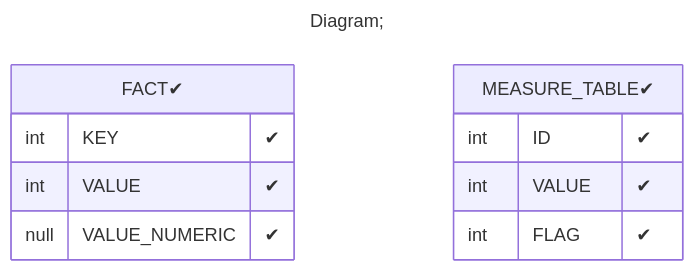
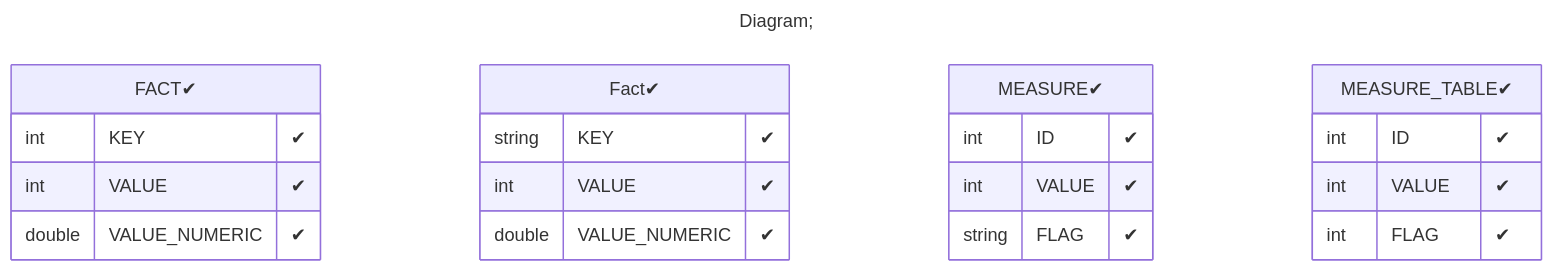
Before and after one commit to xmla-services/workground: the third of 3 diagrams in demo/server/catalogs/tutorial_01-04-07_Cube_Measure_MeasureExpression/README.MD, drawn with Mermaid. The commit also changed 31 other files, not shown here.

````diff
--- a/demo/server/catalogs/tutorial_01-04-07_Cube_Measure_MeasureExpression/README.MD
+++ b/demo/server/catalogs/tutorial_01-04-07_Cube_Measure_MeasureExpression/README.MD
@@ -61,17 +61,27 @@
 ```mermaid
 ---
 title: Diagram;
 ---
 erDiagram
 "FACT✔"{
 int KEY "✔"
 int VALUE "✔"
-null VALUE_NUMERIC "✔"
+double VALUE_NUMERIC "✔"
+}
+"Fact✔"{
+string KEY "✔"
+int VALUE "✔"
+double VALUE_NUMERIC "✔"
+}
+"MEASURE✔"{
+int ID "✔"
+int VALUE "✔"
+string FLAG "✔"
 }
 "MEASURE_TABLE✔"{
 int ID "✔"
 int VALUE "✔"
 int FLAG "✔"
 }
 
 ```
````
